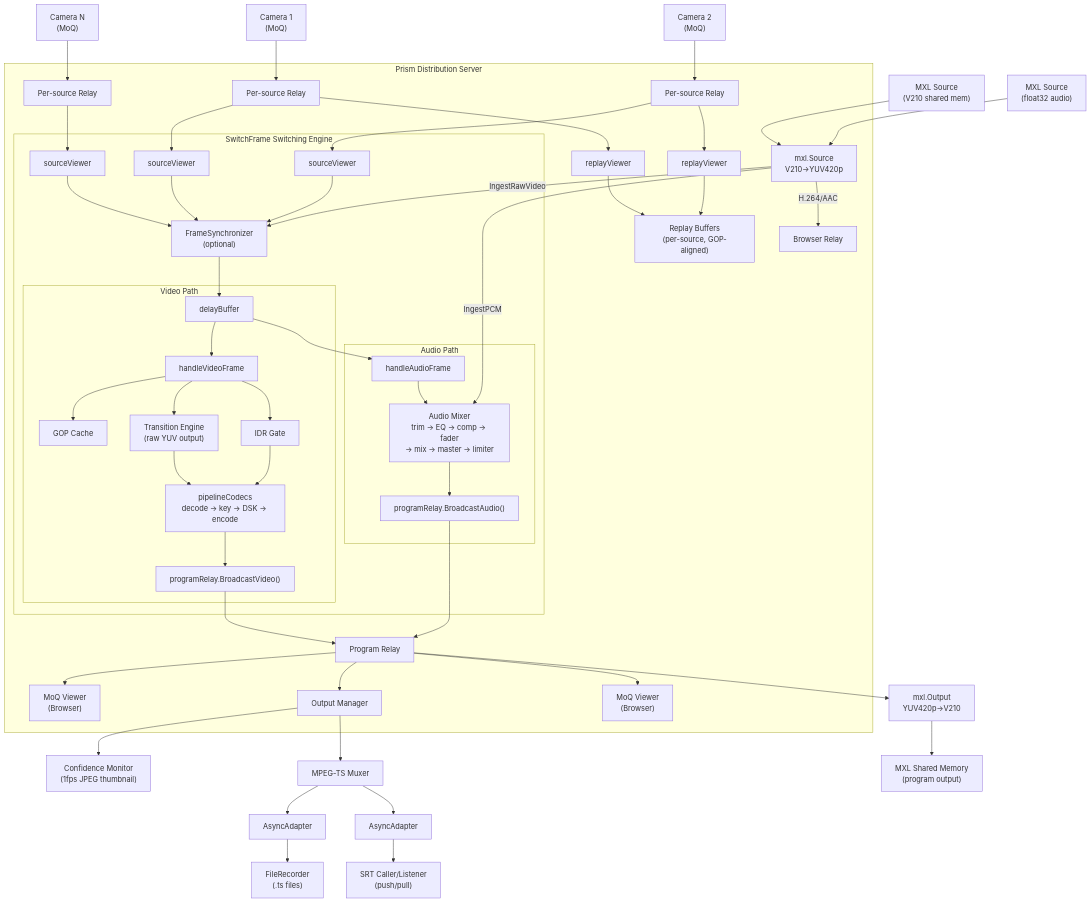
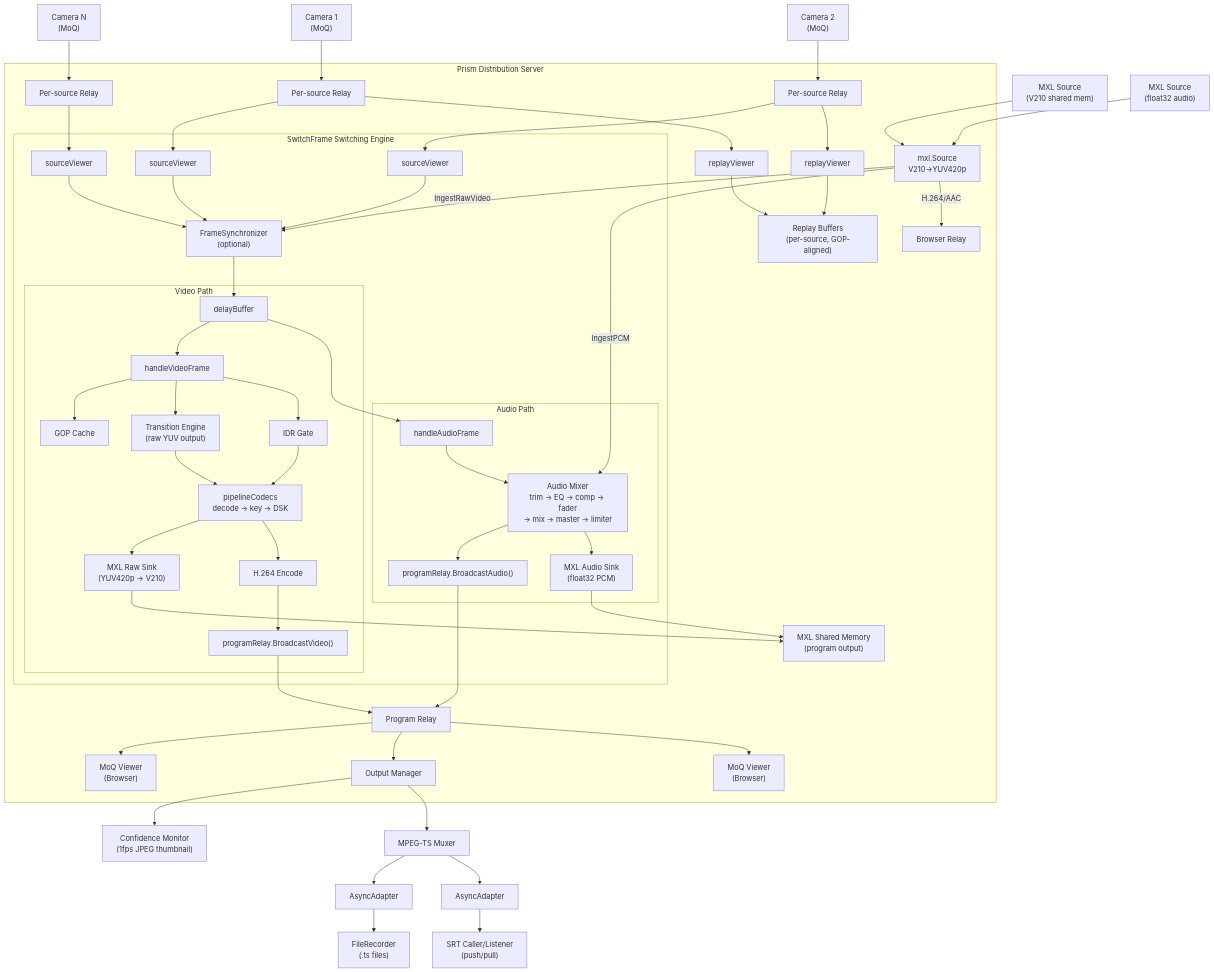
Before and after one commit to zsiec/switchframe: the first of 22 diagrams in docs/architecture.md, drawn with Mermaid. The commit also changed 4 other files, not shown here.

First line of the commit message:
Refactor pipeline diagram and update MXL links

````diff
--- a/docs/architecture.md
+++ b/docs/architecture.md
@@ -23,59 +23,62 @@
 ```mermaid
 graph TD
     cam1["Camera 1<br/>(MoQ)"] --> relay1["Per-source Relay"]
     cam2["Camera 2<br/>(MoQ)"] --> relay2["Per-source Relay"]
     camN["Camera N<br/>(MoQ)"] --> relayN["Per-source Relay"]
     mxl1["MXL Source<br/>(V210 shared mem)"] --> mxlSrc["mxl.Source<br/>V210→YUV420p"]
     mxl2["MXL Source<br/>(float32 audio)"] --> mxlSrc
 
     subgraph prism["Prism Distribution Server"]
         mxlSrc -->|"IngestRawVideo"| fs
         mxlSrc -->|"IngestPCM"| am
         mxlSrc -->|"H.264/AAC"| mxlRelay["Browser Relay"]
         relay1 --> sv1["sourceViewer"]
         relay2 --> sv2["sourceViewer"]
         relayN --> svN["sourceViewer"]
         relay1 --> rv1["replayViewer"]
         relay2 --> rv2["replayViewer"]
         rv1 --> rb["Replay Buffers<br/>(per-source, GOP-aligned)"]
         rv2 --> rb
 
         subgraph engine["SwitchFrame Switching Engine"]
             sv1 --> fs["FrameSynchronizer<br/>(optional)"]
             sv2 --> fs
             svN --> fs
             fs --> delay["delayBuffer"]
 
             subgraph video["Video Path"]
                 delay --> hvf["handleVideoFrame"]
                 hvf --> gc["GOP Cache"]
                 hvf --> te["Transition Engine<br/>(raw YUV output)"]
                 hvf --> idr["IDR Gate"]
-                te --> pipeline["pipelineCodecs<br/>decode → key → DSK → encode"]
+                te --> pipeline["pipelineCodecs<br/>decode → key → DSK"]
                 idr --> pipeline
-                pipeline --> bv["programRelay.BroadcastVideo()"]
+                pipeline --> mxlOut["MXL Raw Sink<br/>(YUV420p → V210)"]
+                pipeline --> enc["H.264 Encode"]
+                enc --> bv["programRelay.BroadcastVideo()"]
             end
 
             subgraph audio["Audio Path"]
                 delay --> haf["handleAudioFrame"]
                 haf --> am["Audio Mixer<br/>trim → EQ → comp → fader<br/>→ mix → master → limiter"]
                 am --> ba["programRelay.BroadcastAudio()"]
+                am --> mxlAudioOut["MXL Audio Sink<br/>(float32 PCM)"]
             end
         end
 
         bv --> pr["Program Relay"]
         ba --> pr
+
+        mxlOut --> mxlShm["MXL Shared Memory<br/>(program output)"]
+        mxlAudioOut --> mxlShm
 
         pr --> browser1["MoQ Viewer<br/>(Browser)"]
         pr --> om["Output Manager"]
         pr --> browser2["MoQ Viewer<br/>(Browser)"]
     end
 
     om --> conf["Confidence Monitor<br/>(1fps JPEG thumbnail)"]
     om --> mux["MPEG-TS Muxer"]
     mux --> aa1["AsyncAdapter"] --> rec["FileRecorder<br/>(.ts files)"]
     mux --> aa2["AsyncAdapter"] --> srt["SRT Caller/Listener<br/>(push/pull)"]
-
-    pr --> mxlOut["mxl.Output<br/>YUV420p→V210"]
-    mxlOut --> mxlShm["MXL Shared Memory<br/>(program output)"]
 ```
````
